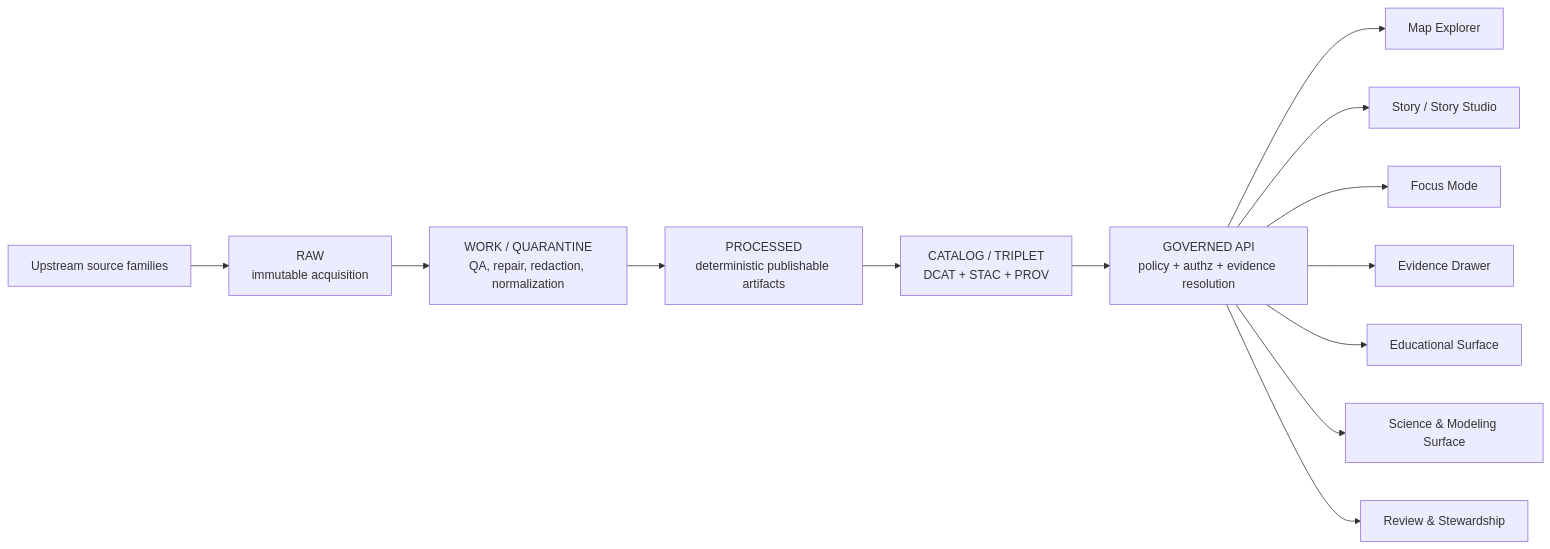
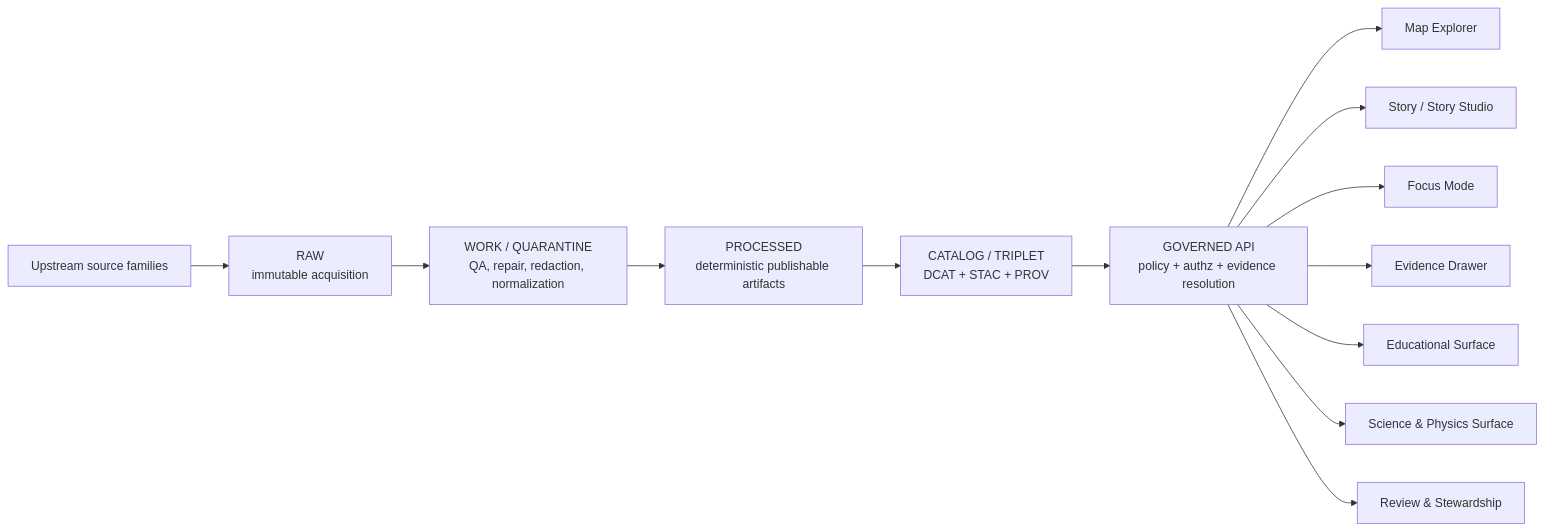
One commit to bartytime4life/Kansas-Frontier-Matrix changed the diagram in README.md. Above: the diagram before and after it, drawn with Mermaid. The commit also changed other lines of this file, not shown here.

````diff
--- a/README.md
+++ b/README.md
@@ -143,15 +154,15 @@
 ```mermaid
 flowchart LR
     A[Upstream source families] --> B[RAW<br/>immutable acquisition]
     B --> C[WORK / QUARANTINE<br/>QA, repair, redaction, normalization]
     C --> D[PROCESSED<br/>deterministic publishable artifacts]
     D --> E[CATALOG / TRIPLET<br/>DCAT + STAC + PROV]
     E --> F[GOVERNED API<br/>policy + authz + evidence resolution]
     F --> G[Map Explorer]
     F --> H[Story / Story Studio]
     F --> I[Focus Mode]
     F --> J[Evidence Drawer]
     F --> K[Educational Surface]
-    F --> L[Science & Modeling Surface]
+    F --> L[Science & Physics Surface]
     F --> M[Review & Stewardship]
 ```
````
